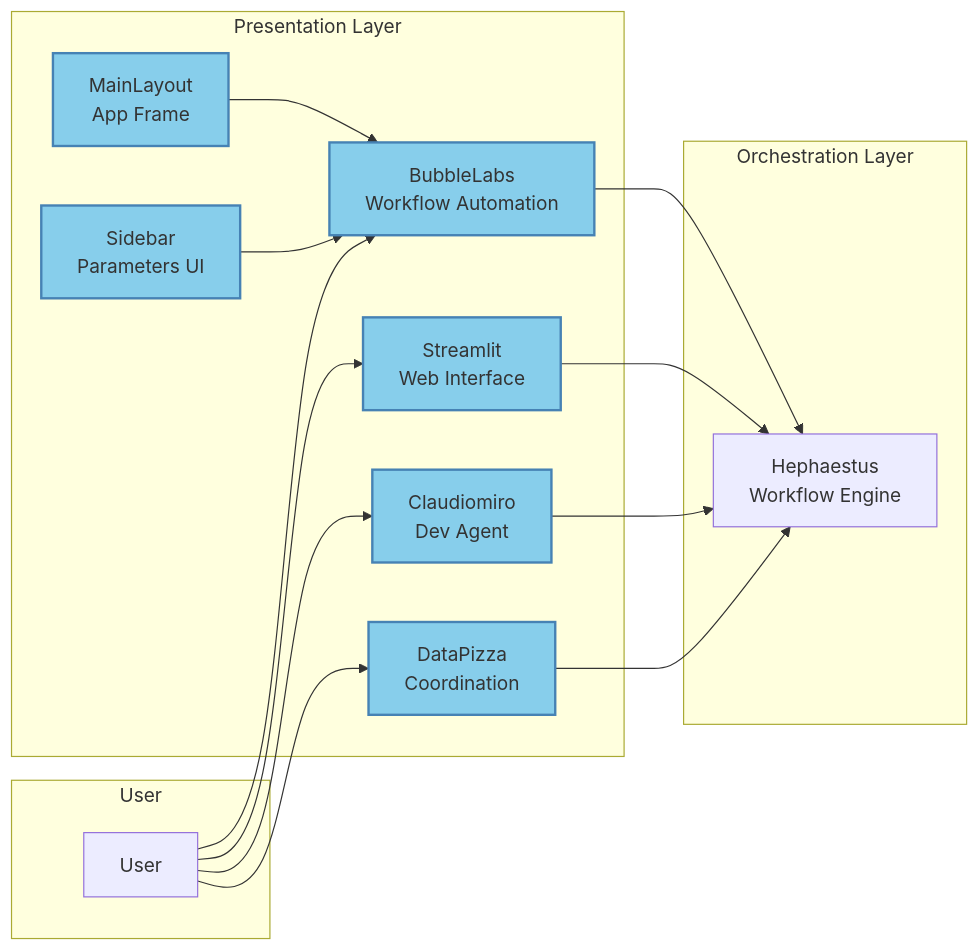
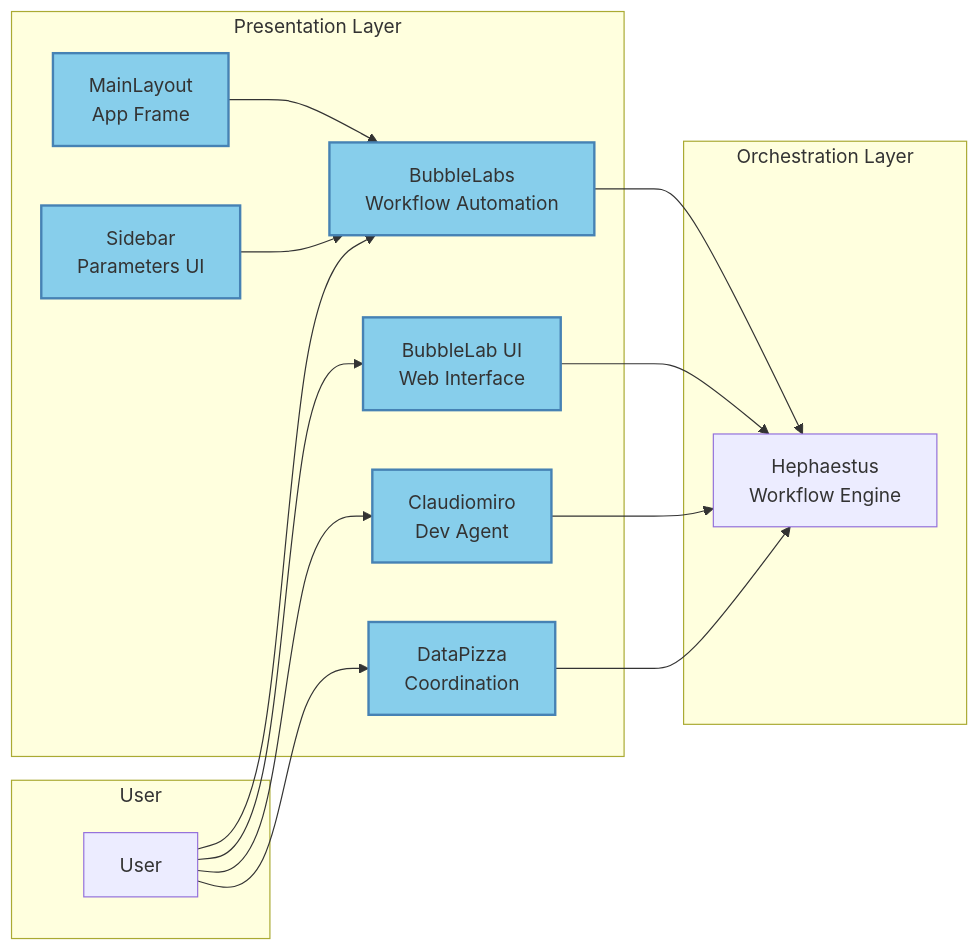
The third of 28 diagrams in docs/integrations/INTEGRATION_ARCHITECTURE_MERMAID.md (jazir555/OpenEvolveFrontend), drawn with Mermaid before and after one commit. The commit also changed other lines of this file and 273 other files, not shown here.

````diff
--- a/docs/integrations/INTEGRATION_ARCHITECTURE_MERMAID.md
+++ b/docs/integrations/INTEGRATION_ARCHITECTURE_MERMAID.md
@@ -292,35 +292,35 @@
 ```mermaid
 graph LR
     subgraph User
         U[User]
     end
 
     subgraph "Presentation Layer"
         BL[BubbleLabs<br/>Workflow Automation]
-        SL[Streamlit<br/>Web Interface]
+        SL[BubbleLab UI<br/>Web Interface]
         CM[Claudiomiro<br/>Dev Agent]
         DP[DataPizza<br/>Coordination]
         ML[MainLayout<br/>App Frame]
         SB[Sidebar<br/>Parameters UI]
     end
 
     subgraph "Orchestration Layer"
         HP[Hephaestus<br/>Workflow Engine]
     end
 
     U --> BL
     U --> SL
     U --> CM
     U --> DP
 
     BL --> HP
     SL --> HP
     CM --> HP
     DP --> HP
 
     ML --> BL
     SB --> BL
 
     classDef uiStyle fill:#87CEEB,stroke:#4682B4,stroke-width:2px
     class BL,SL,CM,DP,ML,SB uiStyle
 ```
````
